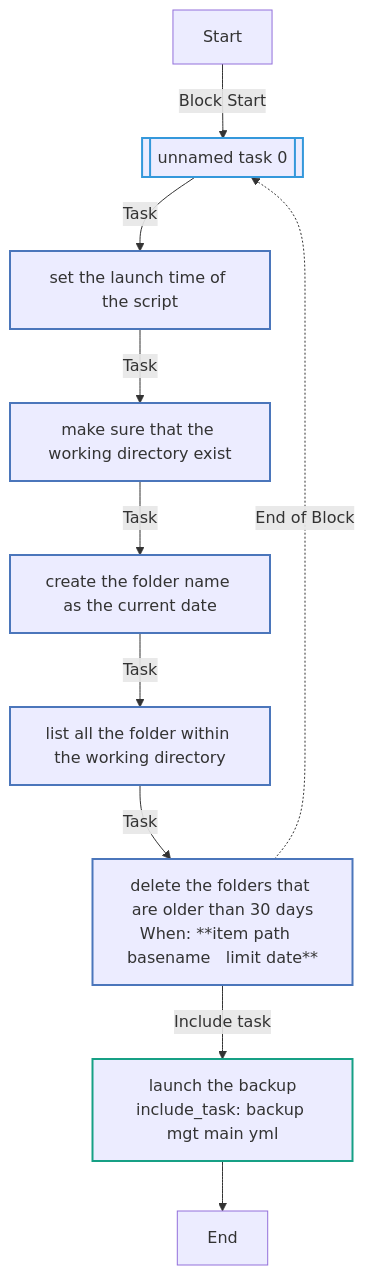
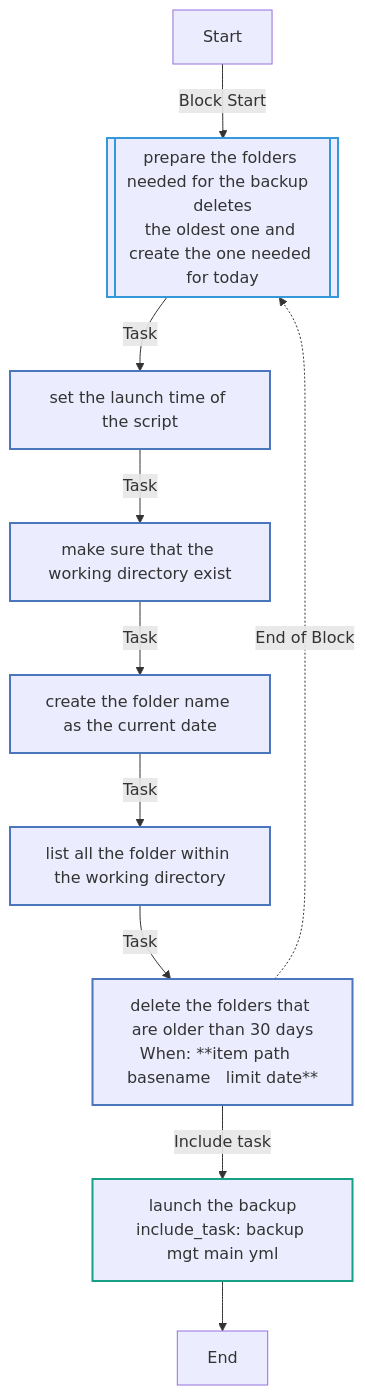
Before and after one commit to Enabo/Perso_tests: the first of 4 diagrams in backup_readme.md, drawn with Mermaid. The commit also changed other lines of this file, not shown here.

````diff
--- a/backup_readme.md
+++ b/backup_readme.md
@@ -70,22 +71,22 @@
 ```mermaid
 flowchart TD
 Start
 classDef block stroke:#3498db,stroke-width:2px;
 classDef task stroke:#4b76bb,stroke-width:2px;
 classDef includeTasks stroke:#16a085,stroke-width:2px;
 classDef importTasks stroke:#34495e,stroke-width:2px;
 classDef includeRole stroke:#2980b9,stroke-width:2px;
 classDef importRole stroke:#699ba7,stroke-width:2px;
 classDef includeVars stroke:#8e44ad,stroke-width:2px;
 classDef rescue stroke:#665352,stroke-width:2px;
 
-  Start-->|Block Start| Unnamed_task_00_block_start_0[[unnamed task 0]]:::block
-  Unnamed_task_00_block_start_0-->|Task| set_the_launch_time_of_the_script0[set the launch time of the script]:::task
+  Start-->|Block Start| prepare_the_folders_needed_for_the_backup__deletes_the_oldest_one_and_create_the_one_needed_for_today0_block_start_0[[prepare the folders needed for the backup  deletes<br>the oldest one and create the one needed for today]]:::block
+  prepare_the_folders_needed_for_the_backup__deletes_the_oldest_one_and_create_the_one_needed_for_today0_block_start_0-->|Task| set_the_launch_time_of_the_script0[set the launch time of the script]:::task
   set_the_launch_time_of_the_script0-->|Task| Make_sure_that_the_working_directory_exist1[make sure that the working directory exist]:::task
   Make_sure_that_the_working_directory_exist1-->|Task| create_the_folder_name_as_the_current_date2[create the folder name as the current date]:::task
   create_the_folder_name_as_the_current_date2-->|Task| List_all_the_folder_within_the_working_directory3[list all the folder within the working directory]:::task
   List_all_the_folder_within_the_working_directory3-->|Task| Delete_the_folders_that_are_older_than_30_days4[delete the folders that are older than 30 days<br>When: **item path   basename   limit date**]:::task
-  Delete_the_folders_that_are_older_than_30_days4-.->|End of Block| Unnamed_task_00_block_start_0
+  Delete_the_folders_that_are_older_than_30_days4-.->|End of Block| prepare_the_folders_needed_for_the_backup__deletes_the_oldest_one_and_create_the_one_needed_for_today0_block_start_0
   Delete_the_folders_that_are_older_than_30_days4-->|Include task| backup_mgt_main_yml1[launch the backup<br>include_task: backup mgt main yml]:::includeTasks
   backup_mgt_main_yml1-->End
 ```
````
